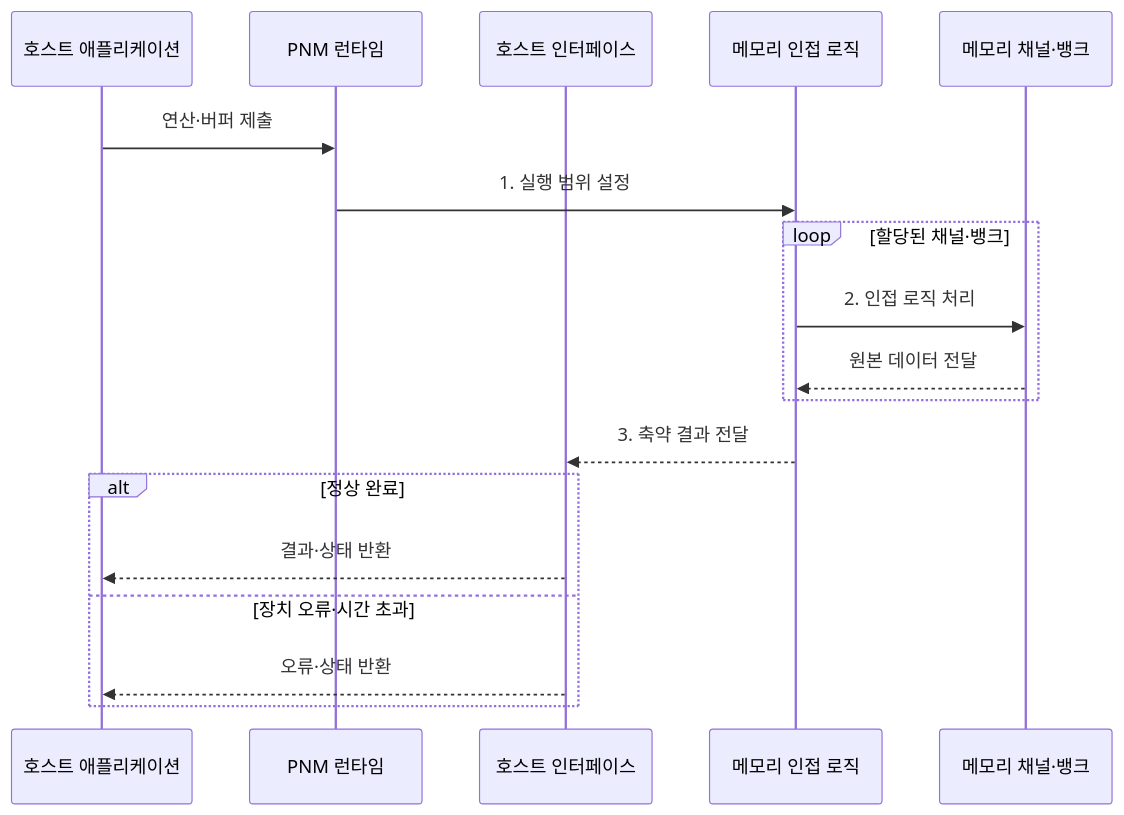
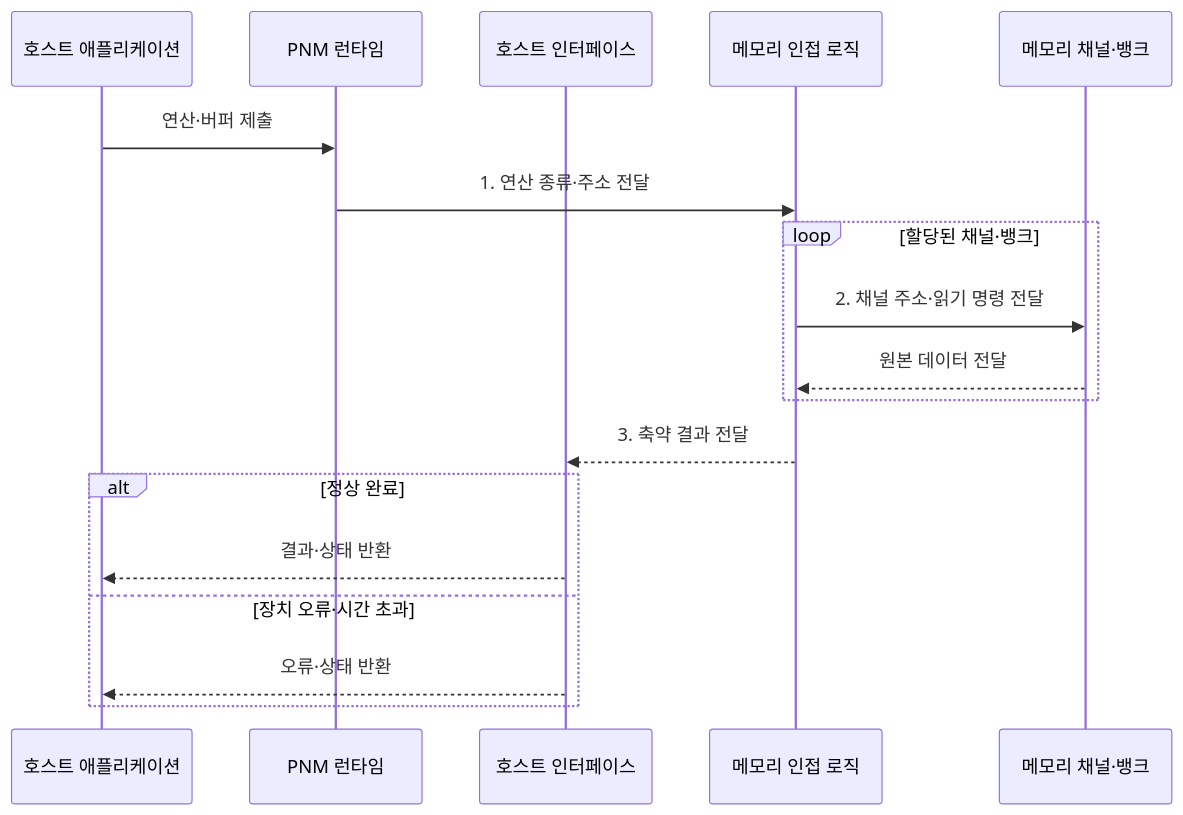
One commit to agnusdei1207/knowledge-base changed the second of 2 diagrams in src/content/docs/notes/02-hardware/027_pnm.md. Above: the diagram before and after it, drawn with Mermaid. The commit also changed other lines of this file and 20 other files, not shown here.

````diff
--- a/src/content/docs/notes/02-hardware/027_pnm.md
+++ b/src/content/docs/notes/02-hardware/027_pnm.md
@@ -84,21 +81,21 @@
 ```mermaid
 sequenceDiagram
     participant H as 호스트 애플리케이션
     participant R as PNM 런타임
     participant I as 호스트 인터페이스
     participant N as 메모리 인접 로직
     participant M as 메모리 채널·뱅크
 
     H->>R: 연산·버퍼 제출
-    R->>N: 1. 실행 범위 설정
+    R->>N: 1. 연산 종류·주소 전달
     loop 할당된 채널·뱅크
-        N->>M: 2. 인접 로직 처리
+        N->>M: 2. 채널 주소·읽기 명령 전달
         M-->>N: 원본 데이터 전달
     end
     N-->>I: 3. 축약 결과 전달
     alt 정상 완료
         I-->>H: 결과·상태 반환
     else 장치 오류·시간 초과
         I-->>H: 오류·상태 반환
     end
 ```
````
